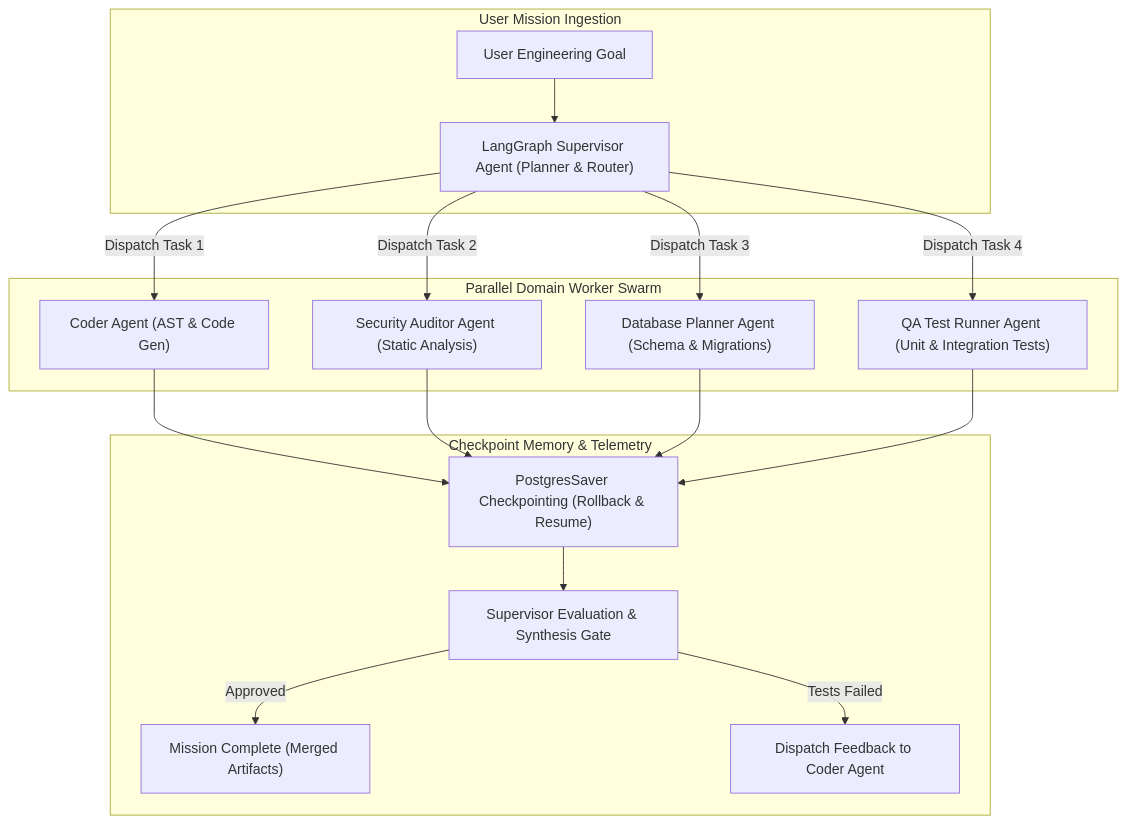
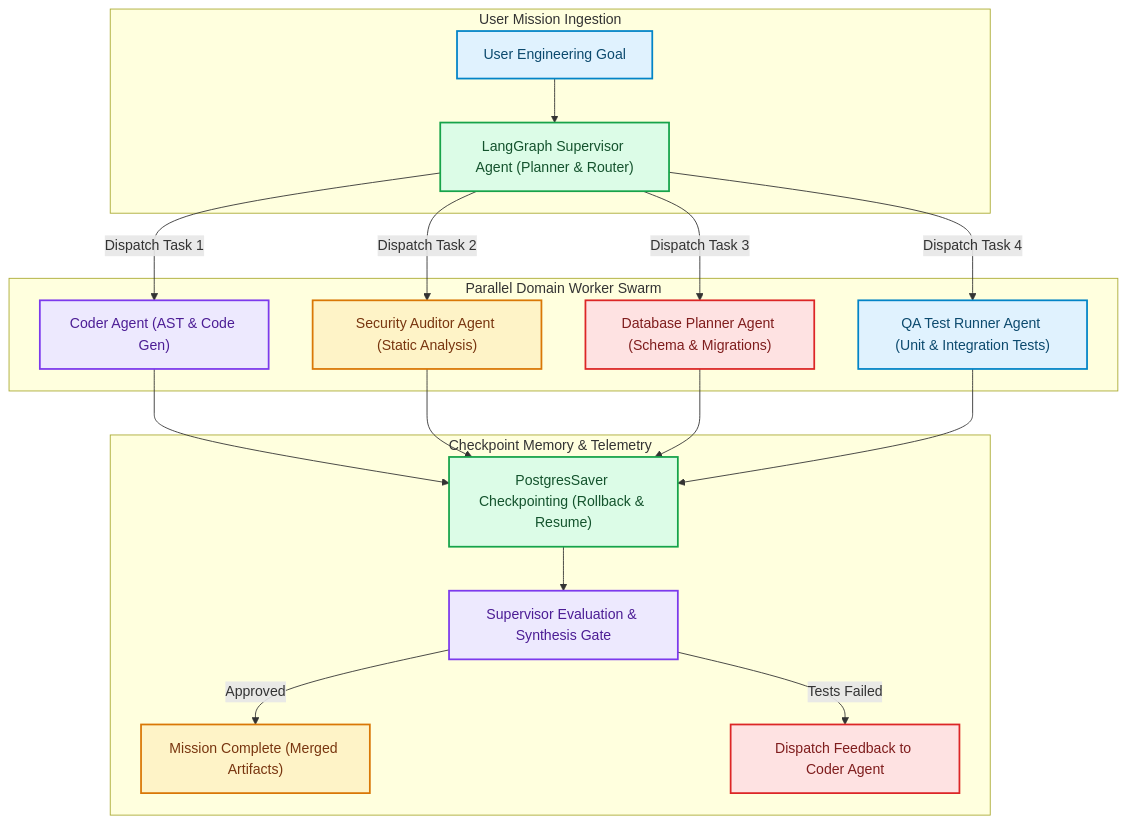
The diagram in blog/posts/designing-agent-fleet-orchestrator-langgraph-supervisor-worker.md (akmalkhaniub/akmalkhaniub.github.io), drawn with Mermaid before and after one commit. The commit also changed other lines of this file and 1291 other files, not shown here.

First line of the commit message:
feat(catalog): unique covers, scholarly references, and diagram palettes

````diff
--- a/blog/posts/designing-agent-fleet-orchestrator-langgraph-supervisor-worker.md
+++ b/blog/posts/designing-agent-fleet-orchestrator-langgraph-supervisor-worker.md
@@ -19,20 +19,31 @@
 ```mermaid
 flowchart TD
   subgraph SG1_UserMissionIngestion ["User Mission Ingestion"]
-    User[User Engineering Goal] --> Supervisor["LangGraph Supervisor Agent (Planner & Router)"]
+    User["User Engineering Goal"] --> Supervisor["LangGraph Supervisor Agent (Planner & Router)"]
   end
   
   subgraph SG2_ParallelDomainWorker ["Parallel Domain Worker Swarm"]
     Supervisor -->|Dispatch Task 1| Coder["Coder Agent (AST & Code Gen)"]
     Supervisor -->|Dispatch Task 2| Security["Security Auditor Agent (Static Analysis)"]
     Supervisor -->|Dispatch Task 3| DB["Database Planner Agent (Schema & Migrations)"]
     Supervisor -->|Dispatch Task 4| QA["QA Test Runner Agent (Unit & Integration Tests)"]
   end
   
   subgraph SG3_CheckpointMemoryTelemetry ["Checkpoint Memory & Telemetry"]
     Coder & Security & DB & QA --> Checkpoint["PostgresSaver Checkpointing (Rollback & Resume)"]
     Checkpoint --> Evaluator["Supervisor Evaluation & Synthesis Gate"]
     Evaluator -->|Approved| MissionSuccess[" Mission Complete (Merged Artifacts)"]
     Evaluator -->|Tests Failed| AutoHeal[" Dispatch Feedback to Coder Agent"]
   end
+
+classDef green fill:#dcfce7,stroke:#16a34a,stroke-width:2px,color:#14532d;
+classDef red fill:#fee2e2,stroke:#dc2626,stroke-width:2px,color:#7f1d1d;
+classDef blue fill:#e0f2fe,stroke:#0284c7,stroke-width:2px,color:#0c4a6e;
+classDef yellow fill:#fef3c7,stroke:#d97706,stroke-width:2px,color:#78350f;
+classDef purple fill:#ede9fe,stroke:#7c3aed,stroke-width:2px,color:#4c1d95;
+class User,QA blue
+class Supervisor,Checkpoint green
+class Coder,Evaluator purple
+class Security,MissionSuccess yellow
+class DB,AutoHeal red
 ```
````
